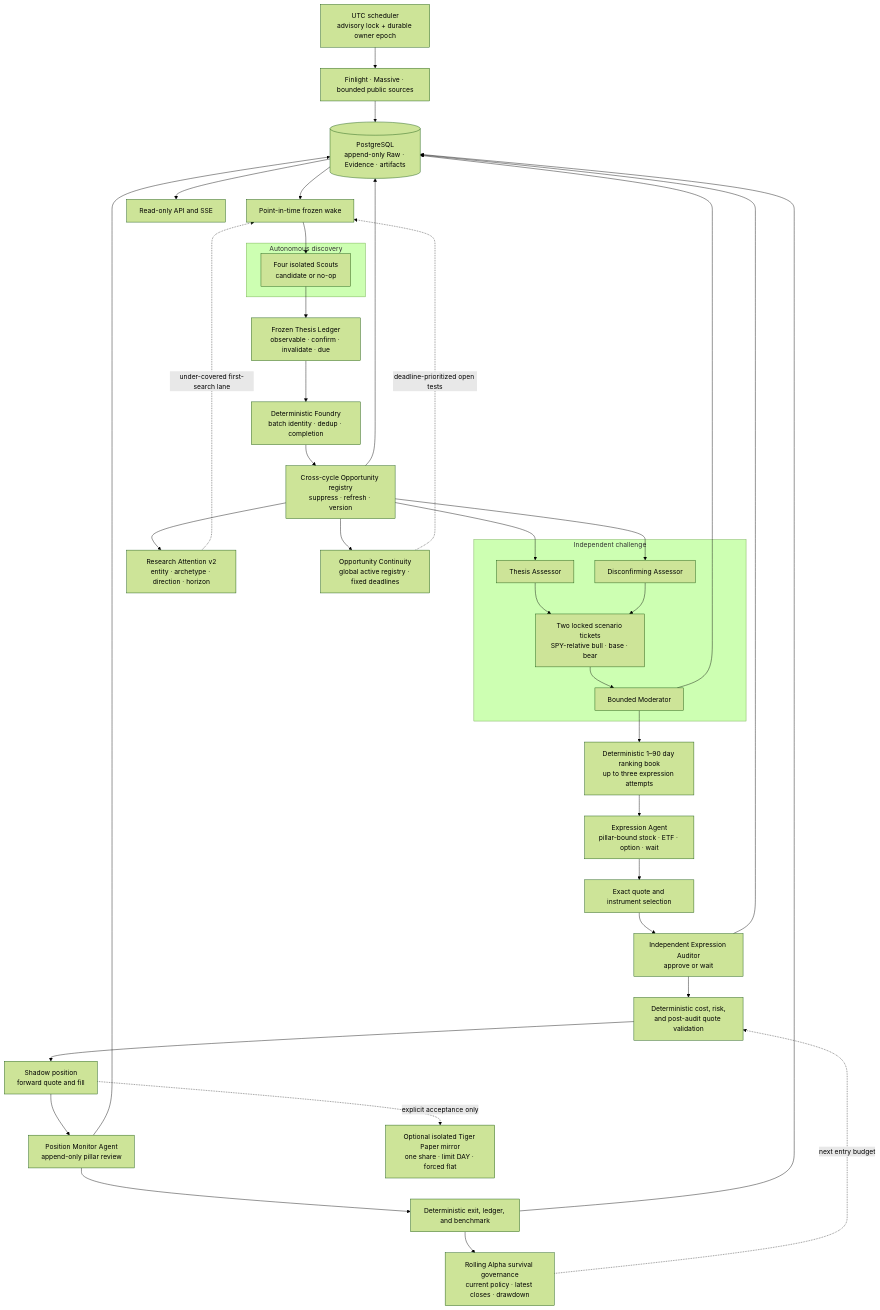
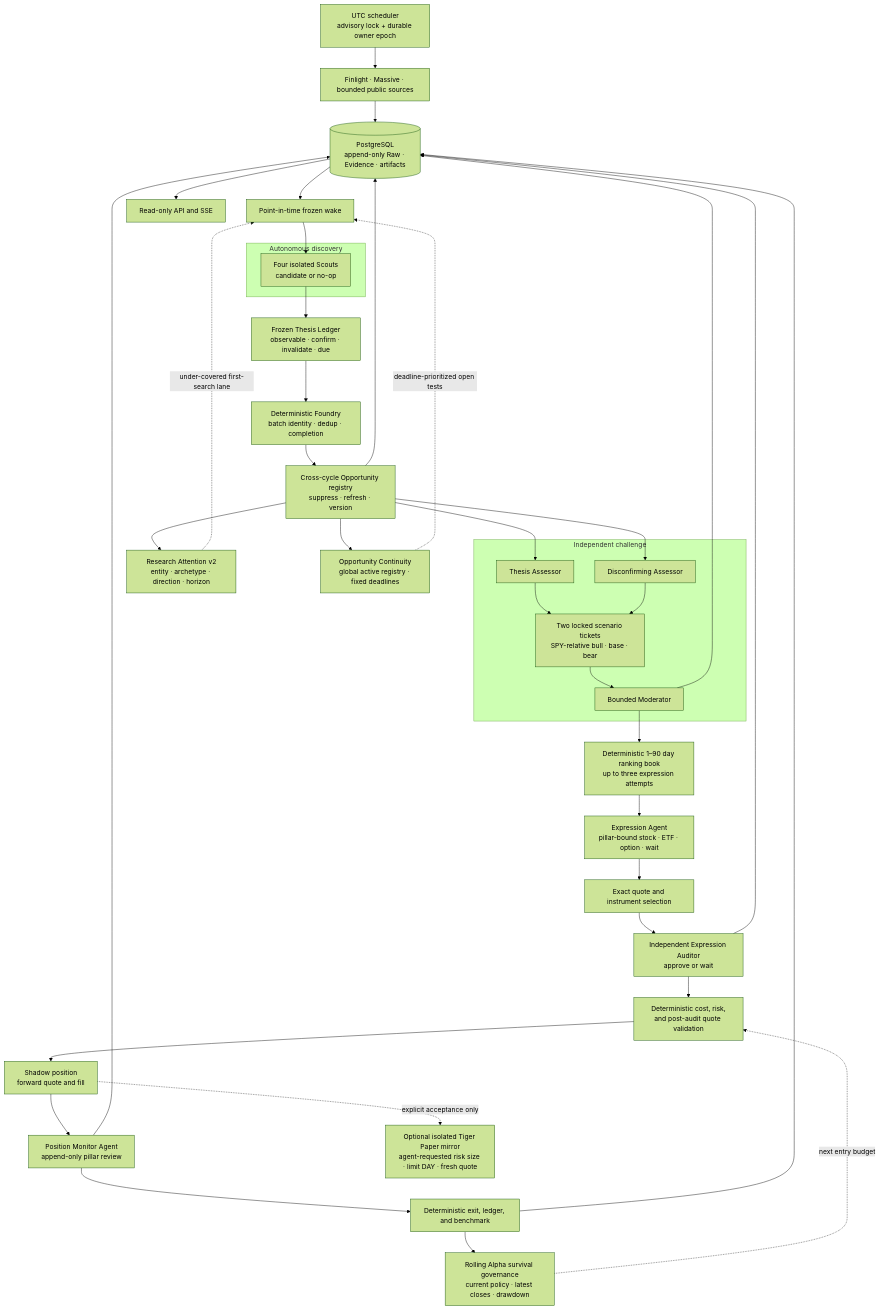
Before and after one commit to kyky2347/ALTA: the diagram in docs/architecture/opportunity-os.md, drawn with Mermaid (forest theme). The commit also changed other lines of this file and 62 other files, not shown here.

````diff
--- a/docs/architecture/opportunity-os.md
+++ b/docs/architecture/opportunity-os.md
@@ -32,56 +32,56 @@
 ```mermaid
 flowchart TB
   scheduler["UTC scheduler<br/>advisory lock + durable owner epoch"]
   sources["Finlight · Massive · bounded public sources"]
   evidence[("PostgreSQL<br/>append-only Raw · Evidence · artifacts")]
   wake["Point-in-time frozen wake"]
   attention["Research Attention v2<br/>entity · archetype · direction · horizon"]
   continuity["Opportunity Continuity<br/>global active registry · fixed deadlines"]
 
   subgraph discovery["Autonomous discovery"]
     scouts["Four isolated Scouts<br/>candidate or no-op"]
   end
 
   ledger["Frozen Thesis Ledger<br/>observable · confirm · invalidate · due"]
   foundry["Deterministic Foundry<br/>batch identity · dedup · completion"]
   registry["Cross-cycle Opportunity registry<br/>suppress · refresh · version"]
 
   subgraph challenge["Independent challenge"]
     thesis["Thesis Assessor"]
     disconfirm["Disconfirming Assessor"]
     odds["Two locked scenario tickets<br/>SPY-relative bull · base · bear"]
     moderator["Bounded Moderator"]
   end
 
   rank["Deterministic 1–90 day ranking book<br/>up to three expression attempts"]
   expression["Expression Agent<br/>pillar-bound stock · ETF · option · wait"]
   market["Exact quote and instrument selection"]
   auditor["Independent Expression Auditor<br/>approve or wait"]
   validation["Deterministic cost, risk,<br/>and post-audit quote validation"]
   shadow["Shadow position<br/>forward quote and fill"]
   monitor["Position Monitor Agent<br/>append-only pillar review"]
   measure["Deterministic exit, ledger, and benchmark"]
   governance["Rolling Alpha survival governance<br/>current policy · latest closes · drawdown"]
-  paper["Optional isolated Tiger Paper mirror<br/>one share · limit DAY · forced flat"]
+  paper["Optional isolated Tiger Paper mirror<br/>agent-requested risk size · limit DAY · fresh quote"]
   api["Read-only API and SSE"]
 
   scheduler --> sources --> evidence --> wake --> scouts --> ledger --> foundry --> registry
   registry --> attention -. under-covered first-search lane .-> wake
   registry --> continuity -. deadline-prioritized open tests .-> wake
   registry --> thesis
   registry --> disconfirm
   thesis --> odds
   disconfirm --> odds
   odds --> moderator
   moderator --> rank --> expression --> market --> auditor --> validation
   validation --> shadow --> monitor --> measure
   measure --> governance
   governance -. next entry budget .-> validation
   shadow -. explicit acceptance only .-> paper
   registry --> evidence
   moderator --> evidence
   auditor --> evidence
   monitor --> evidence
   measure --> evidence
   evidence --> api
 ```
````
